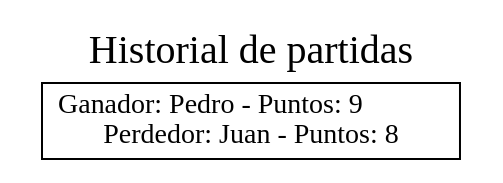
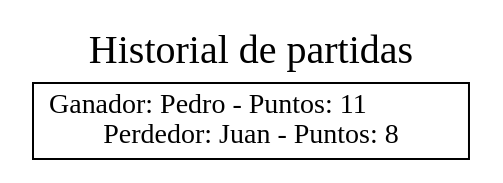
One commit to elJuanjoRamos/EDD_1S2020_PY1_201801262 changed the diagram in EDD_Proyecto1/EDD_Proyecto1/HistorialPartidas.dot. Above: the diagram before and after it, drawn with Graphviz. The commit also changed 26 other files, not shown here.

```diff
--- a/EDD_Proyecto1/EDD_Proyecto1/HistorialPartidas.dot
+++ b/EDD_Proyecto1/EDD_Proyecto1/HistorialPartidas.dot
@@ -1,4 +1,4 @@
 digraph G {graph[label="Historial de partidas", labelloc=t, fontsize=20]
 node[shape = box];
-nodo0 [ label ="Ganador: Pedro - Puntos: 9\l Perdedor: Juan - Puntos: 8"];
+nodo0 [ label ="Ganador: Pedro - Puntos: 11\l Perdedor: Juan - Puntos: 8"];
 }
```
